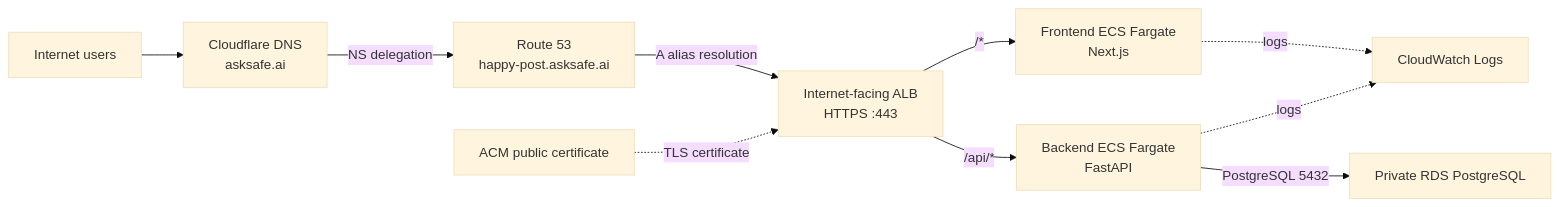
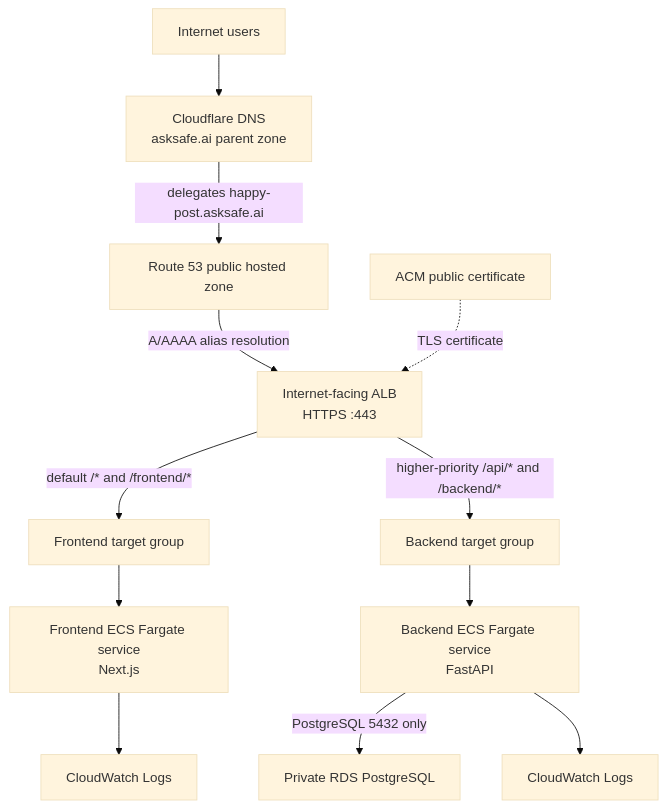
The first of 3 diagrams in docs/architecture.md (afaryy/happy-post), drawn with Mermaid (base theme) before and after one commit. The commit also changed other lines of this file and 5 other files, not shown here.

```diff
--- a/docs/architecture.md
+++ b/docs/architecture.md
@@ -7,12 +7,14 @@
 ~~~mermaid
-flowchart LR
-    users[Internet users] --> cloudflare[Cloudflare DNS<br/>asksafe.ai]
-    cloudflare -->|NS delegation| route53[Route 53<br/>happy-post.asksafe.ai]
-    route53 -->|A alias resolution| alb[Internet-facing ALB<br/>HTTPS :443]
+flowchart TB
+    users[Internet users] --> cloudflare[Cloudflare DNS<br/>asksafe.ai parent zone]
+    cloudflare -->|delegates happy-post.asksafe.ai| route53[Route 53 public hosted zone]
+    route53 -->|A/AAAA alias resolution| alb[Internet-facing ALB<br/>HTTPS :443]
     acm[ACM public certificate] -. "TLS certificate" .-> alb
-    alb -->|/*| frontend[Frontend ECS Fargate<br/>Next.js]
-    alb -->|/api/*| backend[Backend ECS Fargate<br/>FastAPI]
-    backend -->|PostgreSQL 5432| rds[Private RDS PostgreSQL]
-    frontend -. logs .-> logs[CloudWatch Logs]
-    backend -. logs .-> logs
+    alb -->|default /* and /frontend/*| frontend_tg[Frontend target group]
+    alb -->|higher-priority /api/* and /backend/*| backend_tg[Backend target group]
+    frontend_tg --> frontend[Frontend ECS Fargate service<br/>Next.js]
+    backend_tg --> backend[Backend ECS Fargate service<br/>FastAPI]
+    backend -->|PostgreSQL 5432 only| rds[Private RDS PostgreSQL]
+    frontend --> frontend_logs[CloudWatch Logs]
+    backend --> backend_logs[CloudWatch Logs]
 ~~~
```
